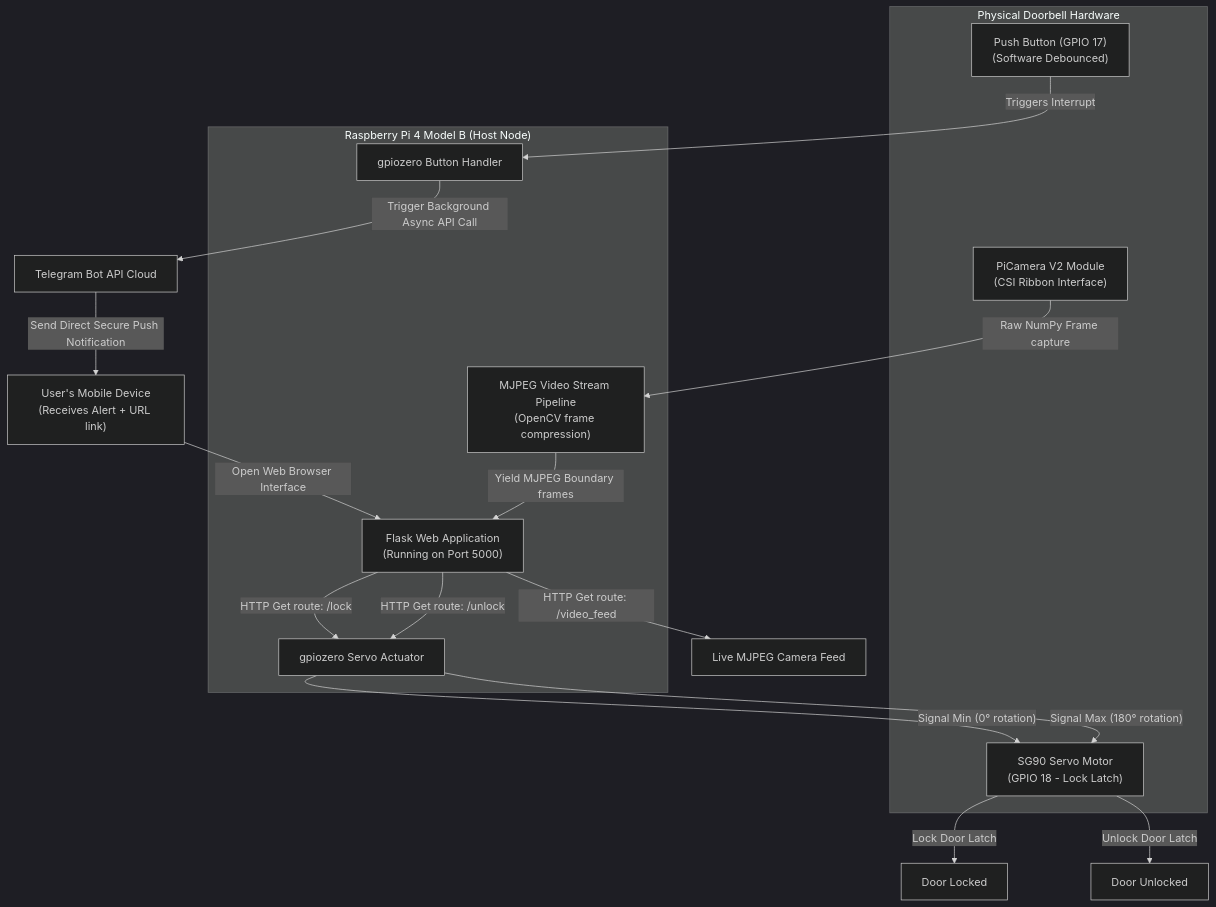
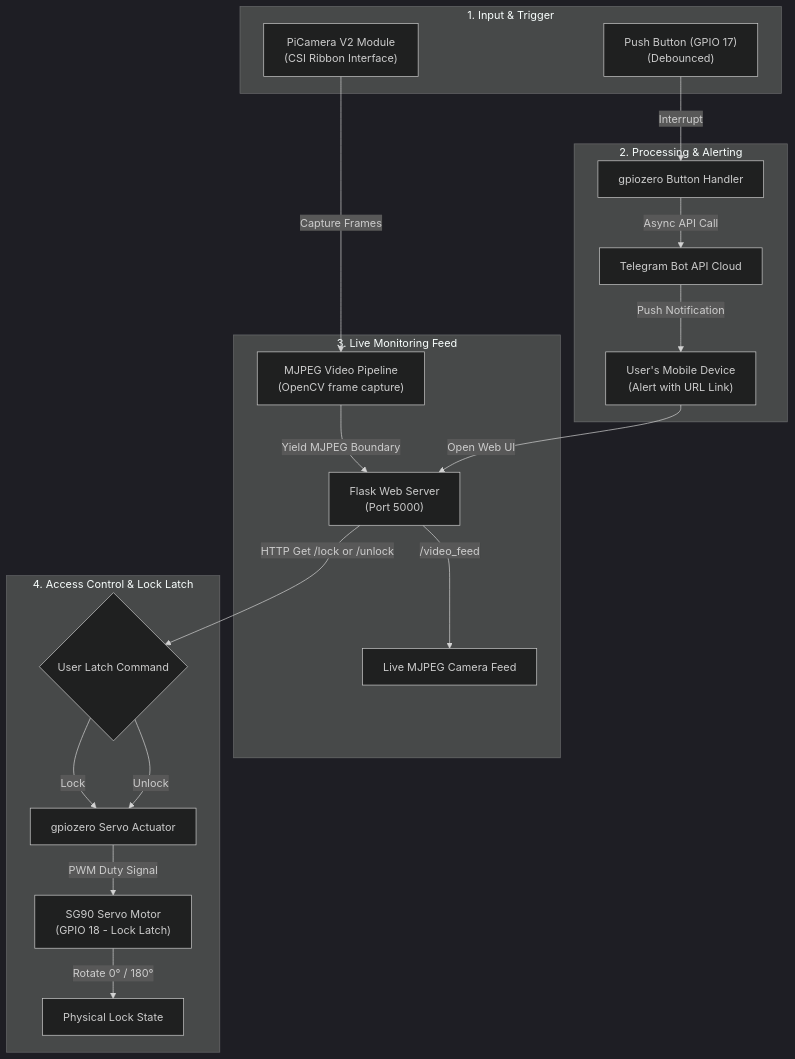
The diagram in README.md (Balaji-008/iot-smart-doorbell), drawn with Mermaid (dark theme) before and after one commit.

Commit message:
style: optimize system architecture flowchart to follow a clean chronological pipeline, eliminating crossing lines

````diff
--- a/README.md
+++ b/README.md
@@ -20,31 +20,45 @@
 ```mermaid
 graph TD
-    %% Smart Doorbell Physical Hardware Input
-    subgraph Hardware["Physical Doorbell Hardware"]
-        Button["Push Button (GPIO 17)<br>(Software Debounced)"]
+    %% Step 1: Input
+    subgraph InputStage["1. Input & Trigger"]
+        Button["Push Button (GPIO 17)<br>(Debounced)"]
         PiCam["PiCamera V2 Module<br>(CSI Ribbon Interface)"]
-        Servo["SG90 Servo Motor<br>(GPIO 18 - Lock Latch)"]
     end
 
-    %% RPi Processing Node
-    subgraph RPi["Raspberry Pi 4 Model B (Host Node)"]
-        Flask["Flask Web Application<br>(Running on Port 5000)"]
-        StreamPipeline["MJPEG Video Stream Pipeline<br>(OpenCV frame compression)"]
-        InterruptHandler["gpiozero Button Handler"]
-        ServoController["gpiozero Servo Actuator"]
+    %% Step 2: Processing & Notification
+    subgraph ProcessStage["2. Processing & Alerting"]
+        RPiBtn["gpiozero Button Handler"]
+        Telegram["Telegram Bot API Cloud"]
+        Mobile["User's Mobile Device<br>(Alert with URL Link)"]
     end
 
-    %% Actions and Routing
-    Button -->|Triggers Interrupt| InterruptHandler
-    PiCam -->|Raw NumPy Frame capture| StreamPipeline
-    StreamPipeline -->|Yield MJPEG Boundary frames| Flask
-    
-    InterruptHandler -->|Trigger Background Async API Call| TelegramAPI["Telegram Bot API Cloud"]
-    TelegramAPI -->|Send Direct Secure Push Notification| Mobile["User's Mobile Device<br>(Receives Alert + URL link)"]
+    Button -->|Interrupt| RPiBtn
+    RPiBtn -->|Async API Call| Telegram
+    Telegram -->|Push Notification| Mobile
 
-    Mobile -->|Open Web Browser Interface| Flask
-    
-    Flask -->|"HTTP Get route: /video_feed"| ViewStream["Live MJPEG Camera Feed"]
-    Flask -->|"HTTP Get route: /unlock"| ServoController -->|"Signal Max (180° rotation)"| Servo -->|"Unlock Door Latch"| DoorUnlocked["Door Unlocked"]
-    Flask -->|"HTTP Get route: /lock"| ServoController -->|"Signal Min (0° rotation)"| Servo -->|"Lock Door Latch"| DoorLocked["Door Locked"]
+    %% Step 3: Stream & Monitor
+    subgraph StreamStage["3. Live Monitoring Feed"]
+        Flask["Flask Web Server<br>(Port 5000)"]
+        Pipeline["MJPEG Video Pipeline<br>(OpenCV frame capture)"]
+        ViewStream["Live MJPEG Camera Feed"]
+    end
+
+    PiCam -->|Capture Frames| Pipeline
+    Pipeline -->|Yield MJPEG Boundary| Flask
+    Mobile -->|Open Web UI| Flask
+    Flask -->|"/video_feed"| ViewStream
+
+    %% Step 4: Control & Actuation
+    subgraph ControlStage["4. Access Control & Lock Latch"]
+        FlaskCmd{"User Latch Command"}
+        RPiServo["gpiozero Servo Actuator"]
+        Servo["SG90 Servo Motor<br>(GPIO 18 - Lock Latch)"]
+        State["Physical Lock State"]
+    end
+
+    Flask -->|"HTTP Get /lock or /unlock"| FlaskCmd
+    FlaskCmd -->|Lock| RPiServo
+    FlaskCmd -->|Unlock| RPiServo
+    RPiServo -->|"PWM Duty Signal"| Servo
+    Servo -->|"Rotate 0° / 180°"| State
 ```
````
